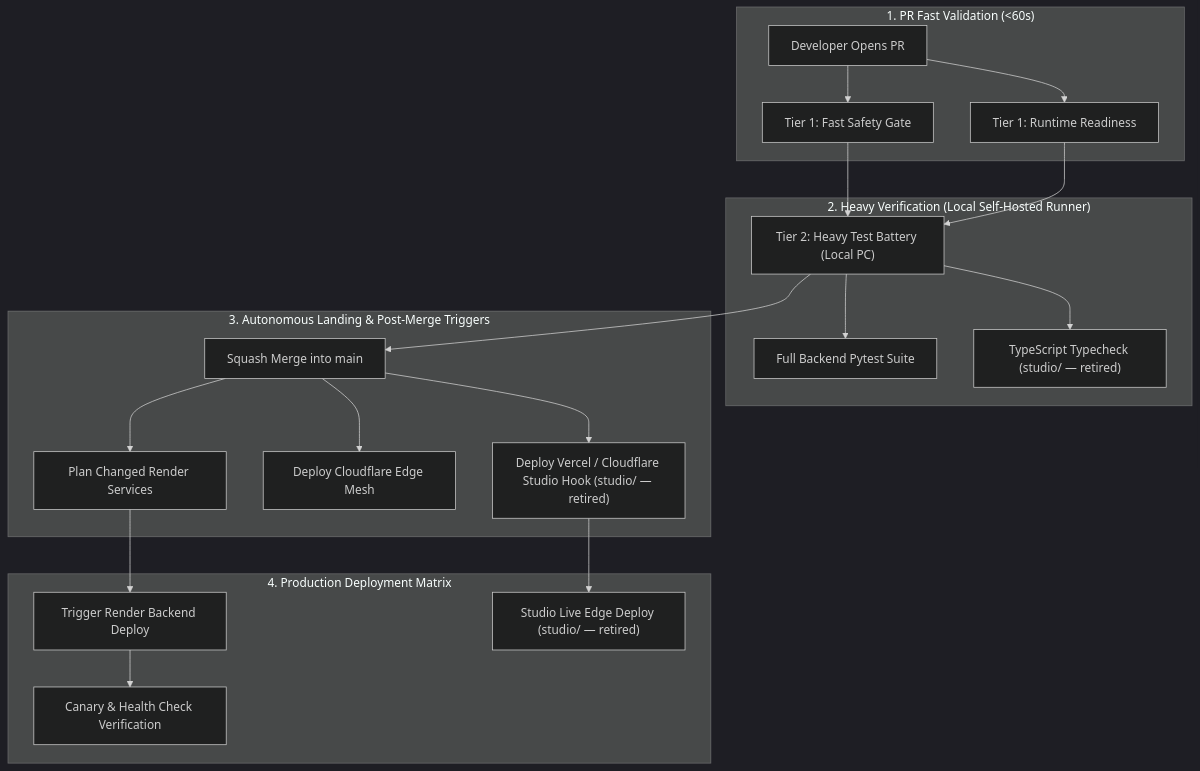
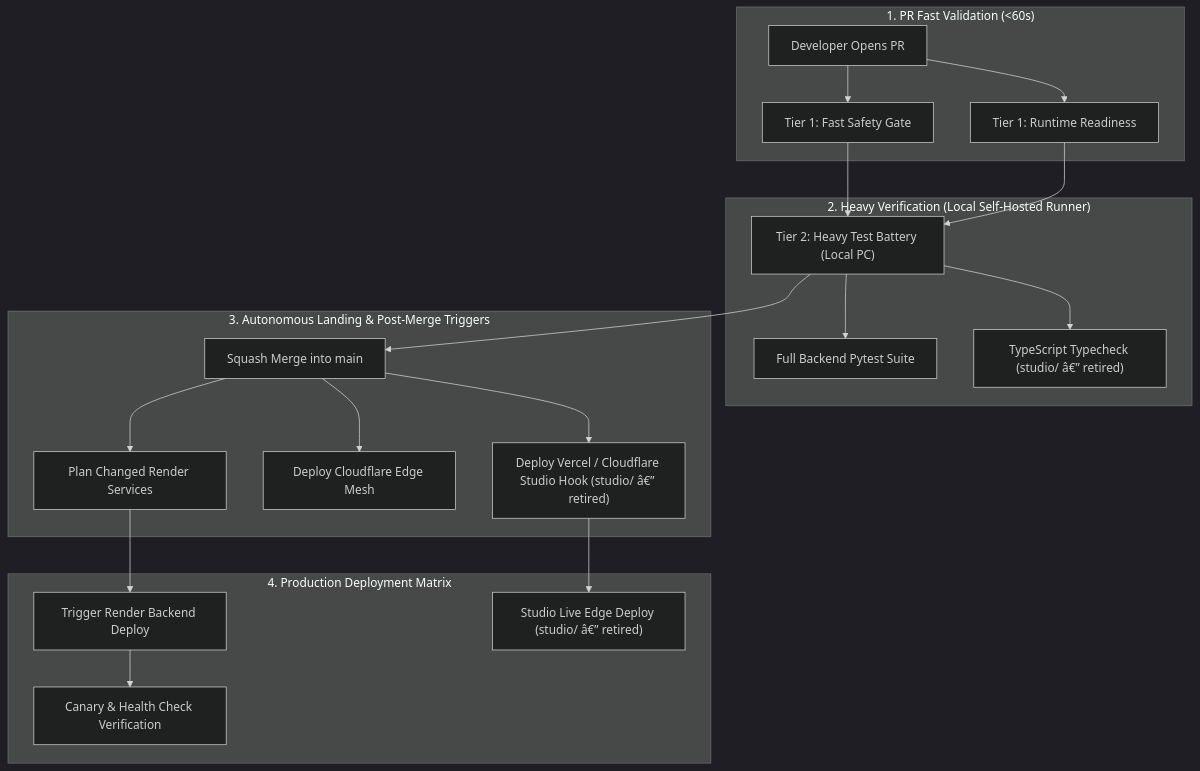
Before and after one commit to Supremeai-bd/supremeai: the second of 4 diagrams in README.md, drawn with Mermaid (dark theme). The commit also changed other lines of this file and 560 other files, not shown here.

````diff
--- a/README.md
+++ b/README.md
@@ -67,27 +67,27 @@
 ```mermaid
 flowchart TD
     subgraph S1["1. PR Fast Validation (<60s)"]
         PR["Developer Opens PR"] --> FastSafety["Tier 1: Fast Safety Gate"]
         PR --> RuntimeReadiness["Tier 1: Runtime Readiness"]
     end
 
     subgraph S2["2. Heavy Verification (Local Self-Hosted Runner)"]
         FastSafety --> HeavyGate["Tier 2: Heavy Test Battery (Local PC)"]
         RuntimeReadiness --> HeavyGate
         HeavyGate --> CorePytest["Full Backend Pytest Suite"]
-        HeavyGate --> Typecheck["TypeScript Typecheck (studio/ — retired)"]
+        HeavyGate --> Typecheck["TypeScript Typecheck (studio/ â€” retired)"]
     end
 
     subgraph S3["3. Autonomous Landing & Post-Merge Triggers"]
         HeavyGate --> PRMerge["Squash Merge into main"]
         PRMerge --> ResolveTargets["Plan Changed Render Services"]
         PRMerge --> EdgeDeploy["Deploy Cloudflare Edge Mesh"]
-        PRMerge --> VercelHook["Deploy Vercel / Cloudflare Studio Hook (studio/ — retired)"]
+        PRMerge --> VercelHook["Deploy Vercel / Cloudflare Studio Hook (studio/ â€” retired)"]
     end
 
     subgraph S4["4. Production Deployment Matrix"]
         ResolveTargets --> RenderTrigger["Trigger Render Backend Deploy"]
         RenderTrigger --> CanaryVerify["Canary & Health Check Verification"]
-        VercelHook --> CloudflarePages["Studio Live Edge Deploy (studio/ — retired)"]
+        VercelHook --> CloudflarePages["Studio Live Edge Deploy (studio/ â€” retired)"]
     end
 ```
````
